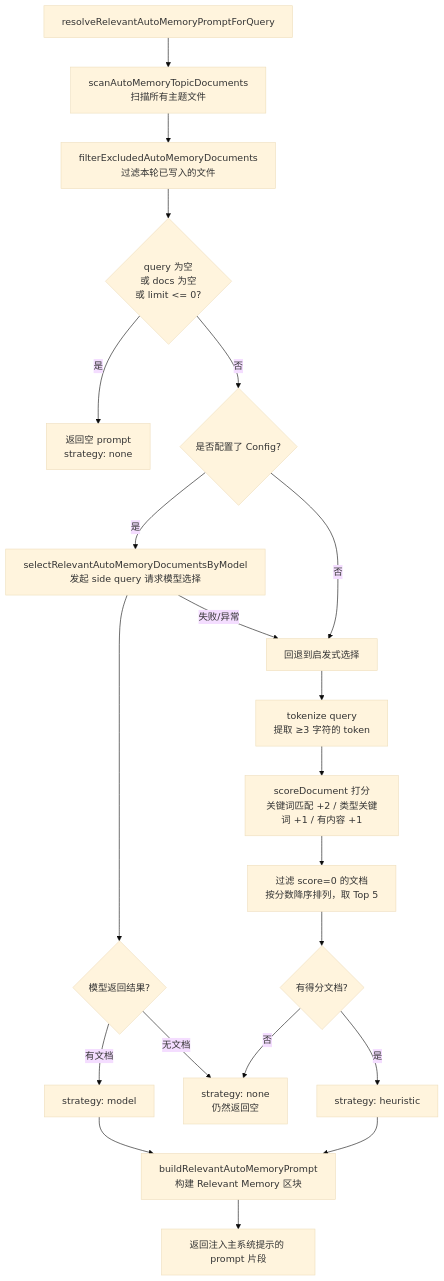
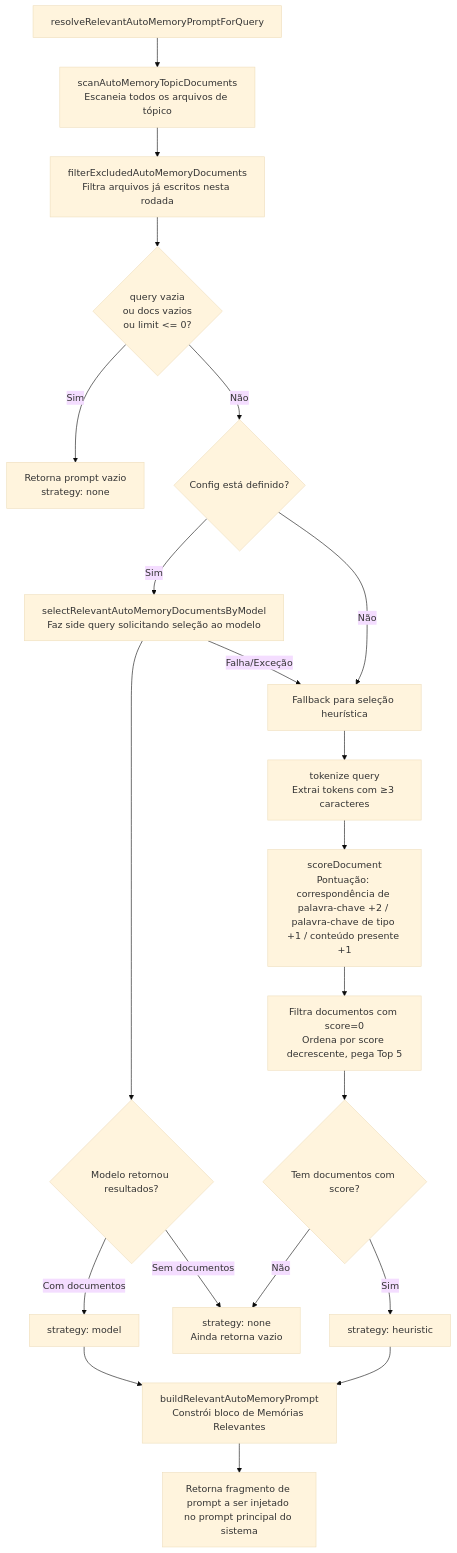
One commit to QwenLM/qwen-code-docs changed the sixth of 7 diagrams in website/content/pt-BR/design/auto-memory/memory-system.md. Above: the diagram before and after it, drawn with Mermaid (base theme). The commit also changed other lines of this file and 471 other files, not shown here.

````diff
--- a/website/content/pt-BR/design/auto-memory/memory-system.md
+++ b/website/content/pt-BR/design/auto-memory/memory-system.md
@@ -345,23 +344,23 @@
 ```mermaid
 flowchart TD
-    A[resolveRelevantAutoMemoryPromptForQuery] --> B[scanAutoMemoryTopicDocuments\n扫描所有主题文件]
-    B --> C[filterExcludedAutoMemoryDocuments\n过滤本轮已写入的文件]
-    C --> D{query 为空\n或 docs 为空\n或 limit <= 0?}
-    D -- 是 --> E[返回空 prompt\nstrategy: none]
-    D -- 否 --> F{是否配置了 Config?}
-    F -- 是 --> G[selectRelevantAutoMemoryDocumentsByModel\n发起 side query 请求模型选择]
-    G --> H{模型返回结果?}
-    H -- 有文档 --> I[strategy: model]
-    H -- 无文档 --> J[strategy: none\n仍然返回空]
-    G -- "失败/异常" --> K[回退到启发式选择]
-    F -- 否 --> K
-    K --> L[tokenize query\n提取 ≥3 字符的 token]
-    L --> M[scoreDocument 打分\n关键词匹配 +2 / 类型关键词 +1 / 有内容 +1]
-    M --> N[过滤 score=0 的文档\n按分数降序排列，取 Top 5]
-    N --> O{有得分文档?}
-    O -- 是 --> P[strategy: heuristic]
-    O -- 否 --> J
-    I --> Q[buildRelevantAutoMemoryPrompt\n构建 Relevant Memory 区块]
+    A[resolveRelevantAutoMemoryPromptForQuery] --> B[scanAutoMemoryTopicDocuments\nEscaneia todos os arquivos de tópico]
+    B --> C[filterExcludedAutoMemoryDocuments\nFiltra arquivos já escritos nesta rodada]
+    C --> D{query vazia\nou docs vazios\nou limit <= 0?}
+    D -- Sim --> E[Retorna prompt vazio\nstrategy: none]
+    D -- Não --> F{Config está definido?}
+    F -- Sim --> G[selectRelevantAutoMemoryDocumentsByModel\nFaz side query solicitando seleção ao modelo]
+    G --> H{Modelo retornou resultados?}
+    H -- Com documentos --> I[strategy: model]
+    H -- Sem documentos --> J[strategy: none\nAinda retorna vazio]
+    G -- "Falha/Exceção" --> K[Fallback para seleção heurística]
+    F -- Não --> K
+    K --> L[tokenize query\nExtrai tokens com ≥3 caracteres]
+    L --> M[scoreDocument\nPontuação: correspondência de palavra-chave +2 / palavra-chave de tipo +1 / conteúdo presente +1]
+    M --> N[Filtra documentos com score=0\nOrdena por score decrescente, pega Top 5]
+    N --> O{Tem documentos com score?}
+    O -- Sim --> P[strategy: heuristic]
+    O -- Não --> J
+    I --> Q[buildRelevantAutoMemoryPrompt\nConstrói bloco de Memórias Relevantes]
     P --> Q
-    Q --> R[返回注入主系统提示的 prompt 片段]
+    Q --> R[Retorna fragmento de prompt a ser injetado no prompt principal do sistema]
 ```
````
